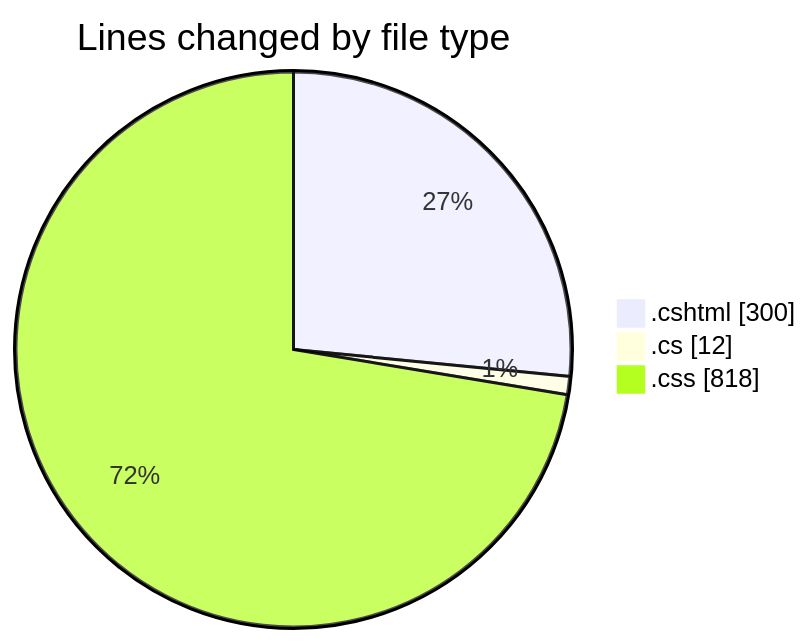
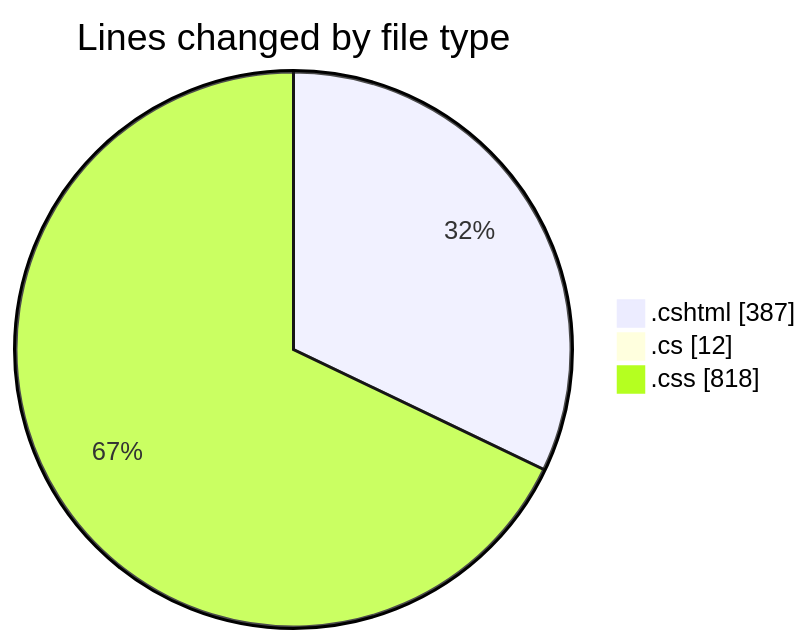
One commit to lephambinh05/code-tracking changed the first of 2 diagrams in 2025-07-21/nhahang/README.md. Above: the diagram before and after it, drawn with Mermaid. The commit also changed other lines of this file and 1 other file, not shown here.

````diff
--- a/2025-07-21/nhahang/README.md
+++ b/2025-07-21/nhahang/README.md
@@ -23,7 +24,7 @@
 ```mermaid
 pie showData
 title Lines changed by file type
-".cshtml" : 300
+".cshtml" : 387
 ".cs" : 12
 ".css" : 818
 ```
````
